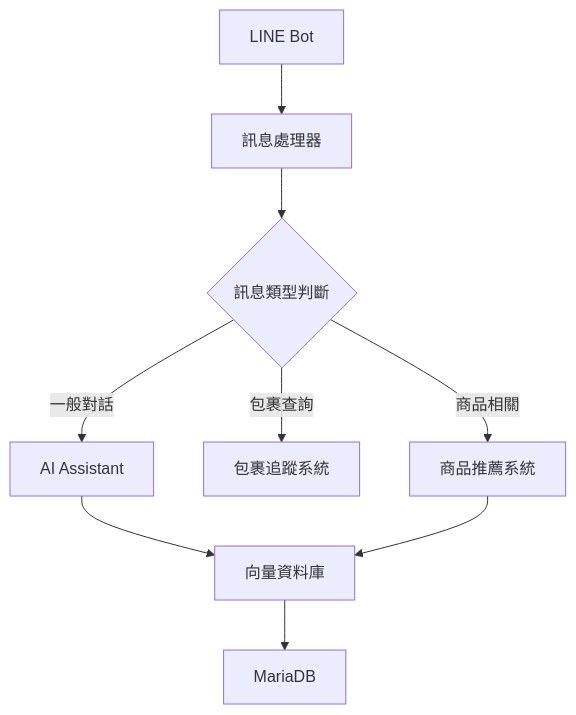
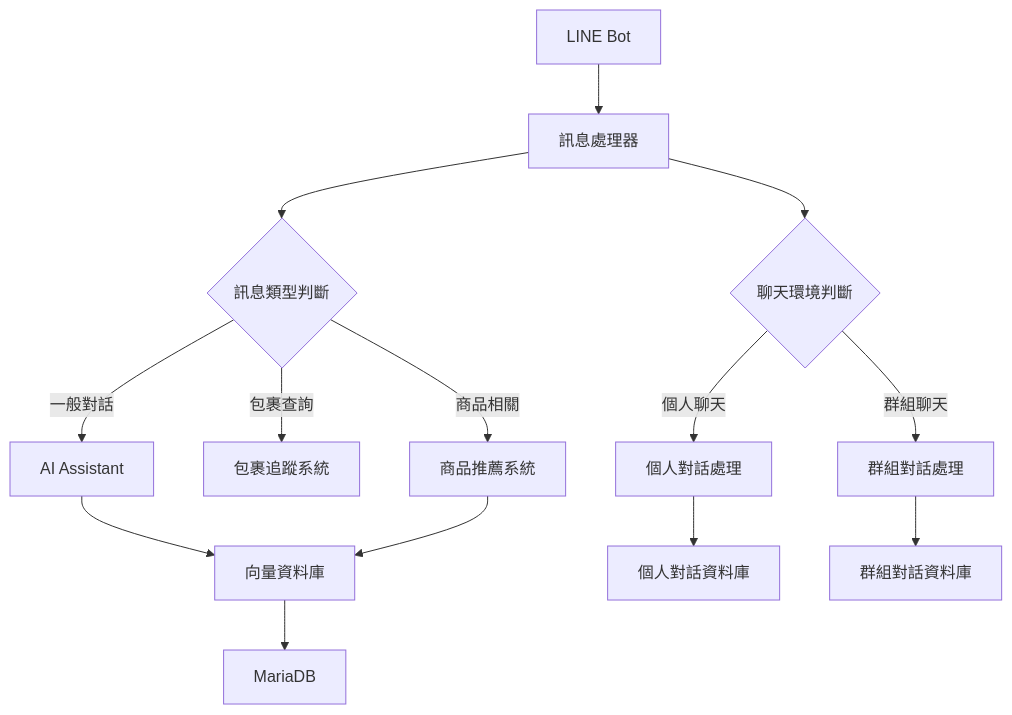
The first of 2 diagrams in README.md (jay12455/line_ai_product_assistant), drawn with Mermaid before and after one commit. The commit also changed other lines of this file, not shown here.

````diff
--- a/README.md
+++ b/README.md
@@ -127,11 +161,17 @@
 ```mermaid
 graph TD
     A[LINE Bot] --> B[訊息處理器]
     B --> C{訊息類型判斷}
     C -->|一般對話| D[AI Assistant]
     C -->|包裹查詢| E[包裹追蹤系統]
     C -->|商品相關| F[商品推薦系統]
     D --> G[向量資料庫]
     F --> G
     G --> H[MariaDB]
+    
+    B --> I{聊天環境判斷}
+    I -->|個人聊天| J[個人對話處理]
+    I -->|群組聊天| K[群組對話處理]
+    J --> L[個人對話資料庫]
+    K --> M[群組對話資料庫]
 ```
````
